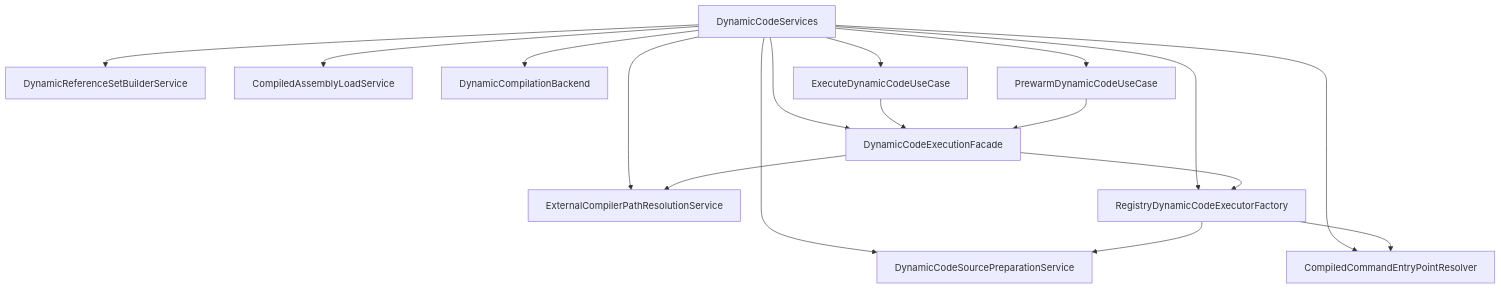
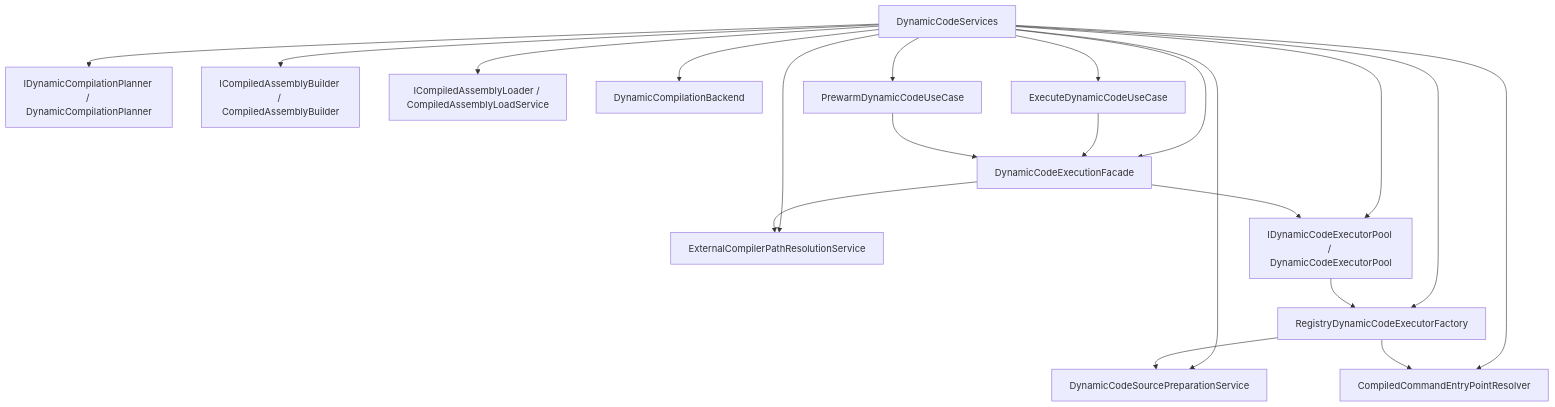
One commit to hatayama/uLoopMCP changed the second of 2 diagrams in docs/architecture/execute-dynamic-code-rebuild.md. Above: the diagram before and after it, drawn with Mermaid. The commit also changed other lines of this file and 29 other files, not shown here.

Commit message:
Split dynamic code infrastructure into module facades

````diff
--- a/docs/architecture/execute-dynamic-code-rebuild.md
+++ b/docs/architecture/execute-dynamic-code-rebuild.md
@@ -85,32 +116,37 @@
 ```mermaid
 flowchart TD
     Services["DynamicCodeServices"]
     SourcePrepSvc["DynamicCodeSourcePreparationService"]
     PathSvc["ExternalCompilerPathResolutionService"]
-    RefSvc["DynamicReferenceSetBuilderService"]
-    LoadSvc["CompiledAssemblyLoadService"]
+    Planner["IDynamicCompilationPlanner / DynamicCompilationPlanner"]
+    Builder["ICompiledAssemblyBuilder / CompiledAssemblyBuilder"]
+    LoadSvc["ICompiledAssemblyLoader / CompiledAssemblyLoadService"]
     Backend["DynamicCompilationBackend"]
     EntryResolver["CompiledCommandEntryPointResolver"]
     Provider["RegistryDynamicCodeExecutorFactory"]
+    ExecutorPool["IDynamicCodeExecutorPool / DynamicCodeExecutorPool"]
     RuntimeFacade["DynamicCodeExecutionFacade"]
     ExecuteUseCase["ExecuteDynamicCodeUseCase"]
     PrewarmUseCase["PrewarmDynamicCodeUseCase"]
 
     Services --> SourcePrepSvc
     Services --> PathSvc
-    Services --> RefSvc
+    Services --> Planner
+    Services --> Builder
     Services --> LoadSvc
     Services --> Backend
     Services --> EntryResolver
     Services --> Provider
+    Services --> ExecutorPool
     Services --> RuntimeFacade
     Services --> ExecuteUseCase
     Services --> PrewarmUseCase
 
     Provider --> SourcePrepSvc
     Provider --> EntryResolver
+    ExecutorPool --> Provider
     RuntimeFacade --> PathSvc
-    RuntimeFacade --> Provider
+    RuntimeFacade --> ExecutorPool
     ExecuteUseCase --> RuntimeFacade
     PrewarmUseCase --> RuntimeFacade
 ```
````
